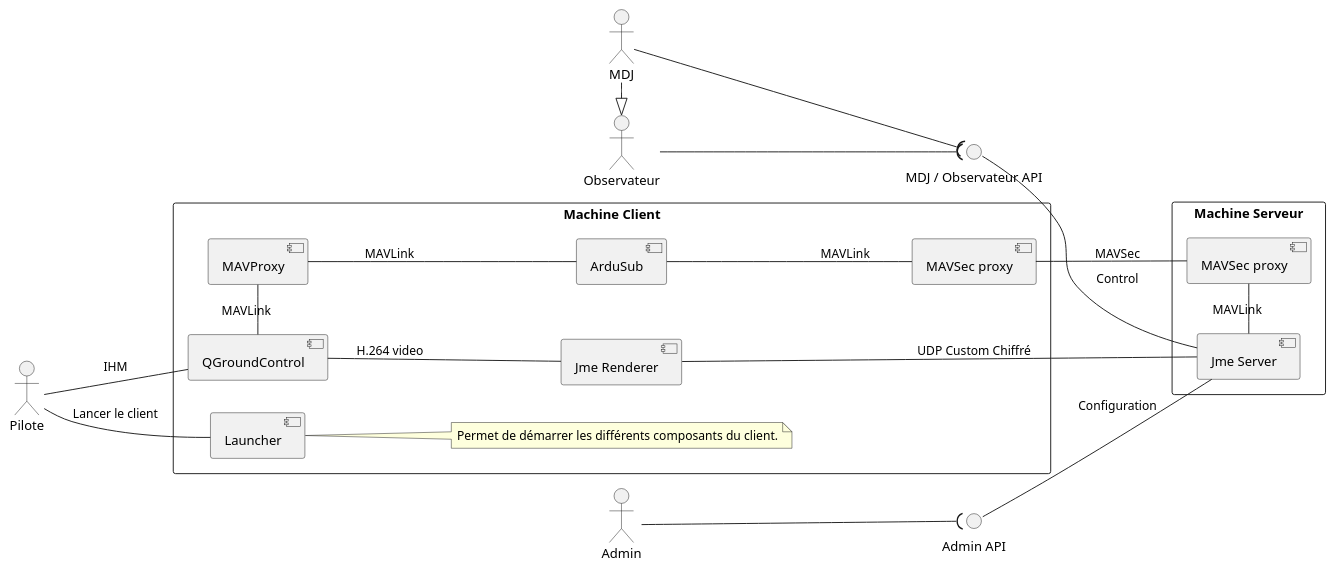
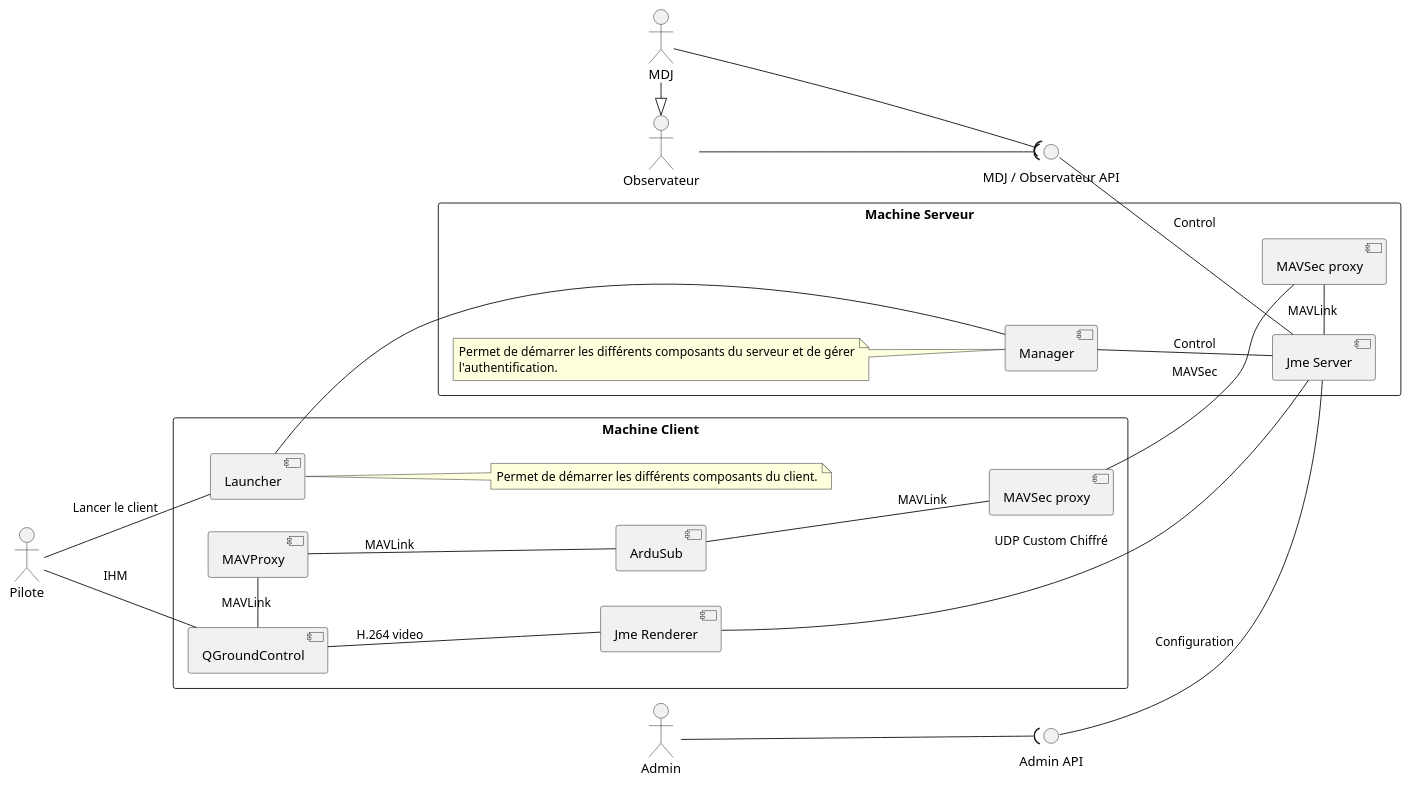
One commit to tombartos/SAE-DRONE changed the diagram in doc/ardupilot_client_components.puml. Above: the diagram before and after it, drawn with PlantUML. The commit also changed 10 other files, not shown here.

```diff
--- a/doc/ardupilot_client_components.puml
+++ b/doc/ardupilot_client_components.puml
@@ -1,50 +1,58 @@
 @startuml
 
 left to right direction
 
 actor Pilote
 actor MDJ
 actor Admin
 actor Observateur
 
 MDJ -right-|> Observateur
 
 rectangle "Machine Client" {
     component Launcher
     component QGroundControl
     component MAVProxy
     component ArduSub
     component "Jme Renderer" as JmeRenderer
     component "MAVSec proxy" as SecProxy1
 
     Pilote -- QGroundControl : IHM
     Pilote -- Launcher : Lancer le client
     note right of Launcher
         Permet de démarrer les différents composants du client.
     end note
     QGroundControl -left- MAVProxy : MAVLink
     MAVProxy -- ArduSub : MAVLink
     ArduSub -- SecProxy1 : MAVLink
     QGroundControl -down- JmeRenderer : H.264 video
 }
 
 interface "MDJ / Observateur API" as MDJAPI
 interface "Admin API" as AdminClient
 
 
 rectangle "Machine Serveur" {
     component "Jme Server" as JmeServer
     component "MAVSec proxy" as SecProxy2
+    component "Manager" as Manager
+
+    note left of Manager
+        Permet de démarrer les différents composants du serveur et de gérer
+        l'authentification.
+    end note
 
     JmeRenderer - JmeServer : UDP Custom Chiffré
     MDJAPI -- JmeServer : Control
     AdminClient -- JmeServer : Configuration
     SecProxy2 -left- JmeServer : MAVLink
     SecProxy1 -- SecProxy2 : MAVSec
+    Launcher -- Manager
+    Manager -- JmeServer : Control
 }
 
 MDJ --( MDJAPI
 Admin --( AdminClient
 Observateur --( MDJAPI
 
 @enduml
```
